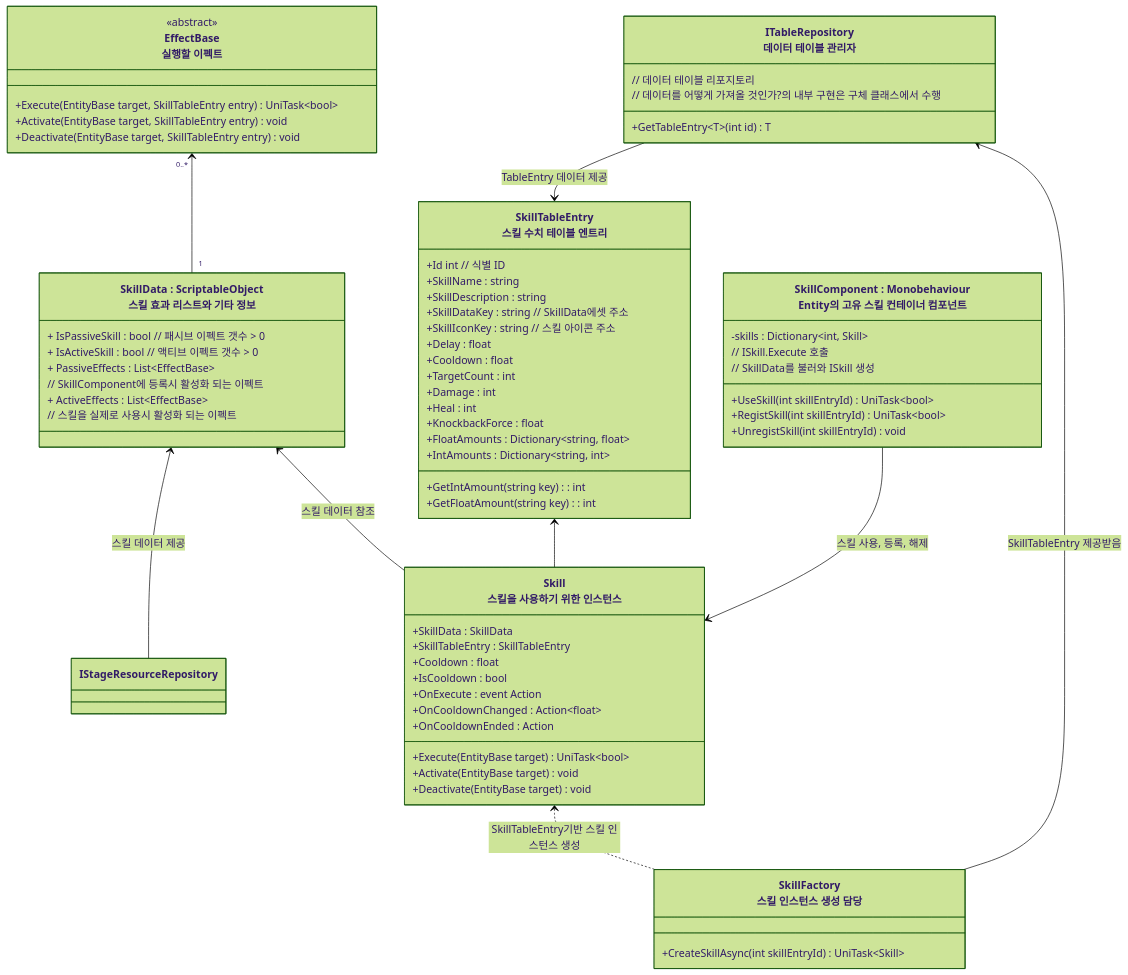
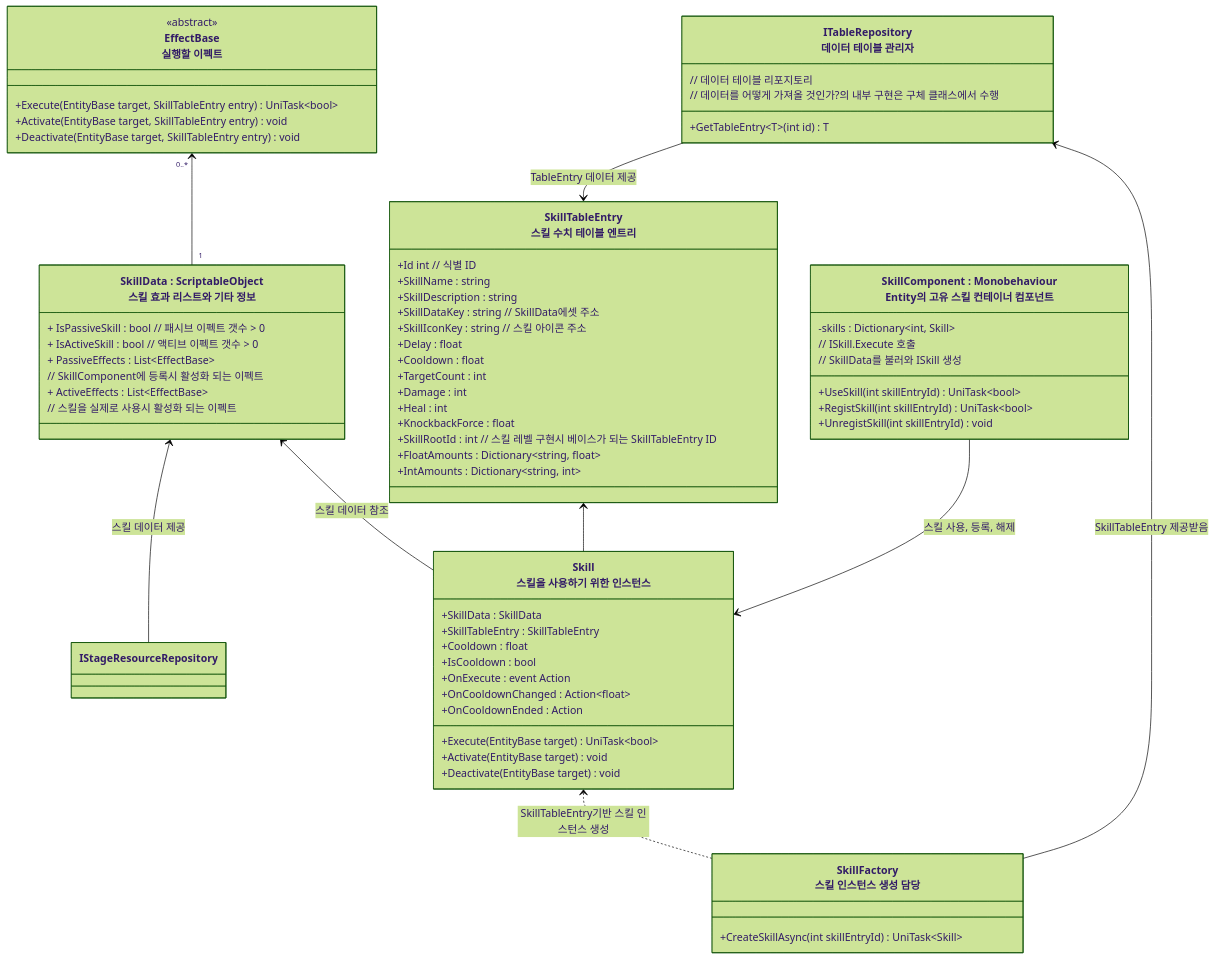
The first of 2 diagrams in README/스킬시스템_설계.md (JIN5EOK/DungeonShooter), drawn with Mermaid (forest theme) before and after one commit. The commit also changed other lines of this file and 2 other files, not shown here.

````diff
--- a/README/스킬시스템_설계.md
+++ b/README/스킬시스템_설계.md
@@ -7,76 +7,75 @@
 ```mermaid
 classDiagram
     class EffectBase["EffectBase<br>실행할 이펙트"]{
         <<abstract>>
         +Execute(EntityBase target, SkillTableEntry entry) UniTask~bool~
         +Activate(EntityBase target, SkillTableEntry entry) void
         +Deactivate(EntityBase target, SkillTableEntry entry) void
     }
     
     class SkillData["SkillData : ScriptableObject<br>스킬 효과 리스트와 기타 정보"]{
 		+ IsPassiveSkill : bool // 패시브 이펙트 갯수 > 0
 		+ IsActiveSkill : bool // 액티브 이펙트 갯수 > 0
         + PassiveEffects : List~EffectBase~ 
         // SkillComponent에 등록시 활성화 되는 이펙트
         + ActiveEffects : List~EffectBase~ 
         // 스킬을 실제로 사용시 활성화 되는 이펙트
     }
 
     class Skill["Skill<br>스킬을 사용하기 위한 인스턴스"]{
         +SkillData : SkillData
         +SkillTableEntry : SkillTableEntry
         +Cooldown : float
         +IsCooldown : bool
         +OnExecute : event Action
         +OnCooldownChanged : Action~float~
         +OnCooldownEnded : Action
         +Execute(EntityBase target) UniTask~bool~
         +Activate(EntityBase target) void
         +Deactivate(EntityBase target) void
     }
 
 	class SkillTableEntry["SkillTableEntry<br>스킬 수치 테이블 엔트리"]{
 		+Id int // 식별 ID
 		+SkillName : string
 		+SkillDescription : string
 		+SkillDataKey : string // SkillData에셋 주소
 		+SkillIconKey : string // 스킬 아이콘 주소
 		+Delay : float
 		+Cooldown : float
 		+TargetCount : int
         +Damage : int
         +Heal : int
 		+KnockbackForce : float
-		+GetIntAmount(string key) : int
-        +GetFloatAmount(string key) : int
+        +SkillRootId : int // 스킬 레벨 구현시 베이스가 되는 SkillTableEntry ID
         +FloatAmounts : Dictionary~string, float~
         +IntAmounts : Dictionary~string, int~
 	}
 	
     class SkillComponent["SkillComponent : Monobehaviour<br>Entity의 고유 스킬 컨테이너 컴포넌트"]{
         -skills : Dictionary~int, Skill~
         +UseSkill(int skillEntryId) UniTask~bool~
         // ISkill.Execute 호출
         +RegistSkill(int skillEntryId) UniTask~bool~
         // SkillData를 불러와 ISkill 생성 
         +UnregistSkill(int skillEntryId) void
     }
     
 	class ITableRepository["ITableRepository<br>데이터 테이블 관리자"]{
 		// 데이터 테이블 리포지토리
 		// 데이터를 어떻게 가져올 것인가?의 내부 구현은 구체 클래스에서 수행
 		+GetTableEntry~T~(int id) T
 	}
 	
 	class SkillFactory["SkillFactory<br>스킬 인스턴스 생성 담당"]{
         +CreateSkillAsync(int skillEntryId) UniTask~Skill~
     }
 	SkillData <-- IStageResourceRepository : 스킬 데이터 제공
     SkillTableEntry <-- Skill
     SkillData <-- Skill : 스킬 데이터 참조
     EffectBase "0..*"<--"1" SkillData
     SkillComponent --> Skill  : 스킬 사용, 등록, 해제 
     ITableRepository --> SkillTableEntry : TableEntry 데이터 제공
     Skill <.. SkillFactory : SkillTableEntry기반 스킬 인스턴스 생성
     ITableRepository <-- SkillFactory : SkillTableEntry 제공받음 
 ```
````
